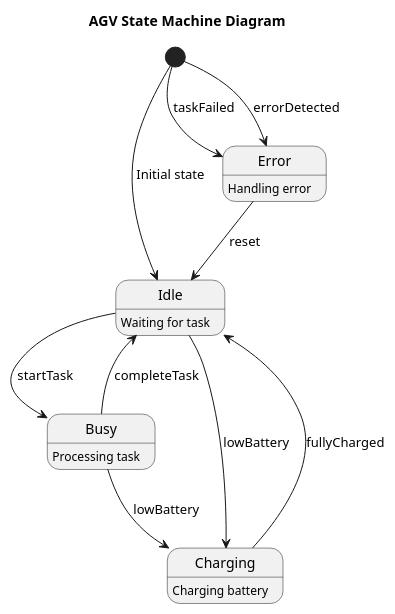
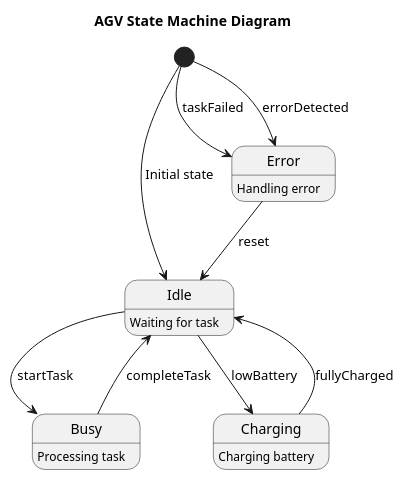
One commit to rasmusgrowup/bobbyprod changed the diagram in diagrams/agv statemachine.puml. Above: the diagram before and after it, drawn with PlantUML. The commit also changed 2 other files, not shown here.

Commit message:
Diagrams for report refactor

```diff
--- a/diagrams/agv statemachine.puml
+++ b/diagrams/agv statemachine.puml
@@ -1,21 +1,20 @@
 @startuml
 title AGV State Machine Diagram
 
 Idle : Waiting for task
 Error : Handling error
 Busy : Processing task
 Charging : Charging battery
 
 [*] --> Idle : Initial state
 
 Idle --> Busy : startTask
 Busy --> Idle : completeTask
-Busy --> Charging : lowBattery
 Charging --> Idle : fullyCharged
 Error --> Idle : reset
 Idle --> Charging : lowBattery
 
 [*] --> Error : taskFailed
 [*] --> Error : errorDetected
 
 @enduml
```
